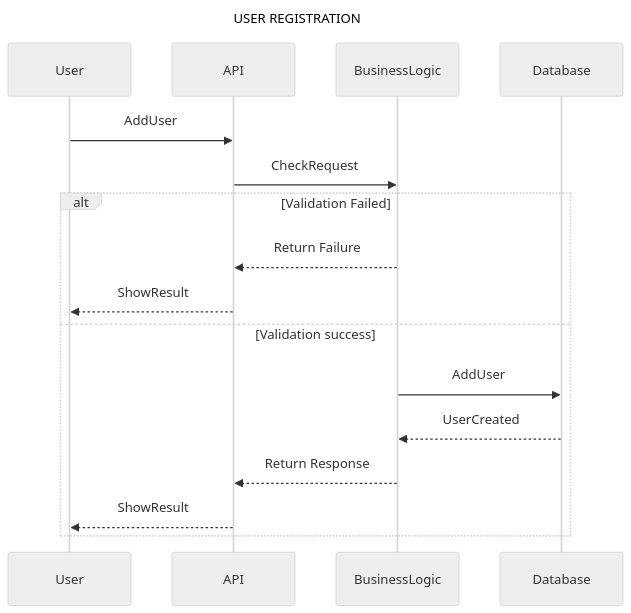
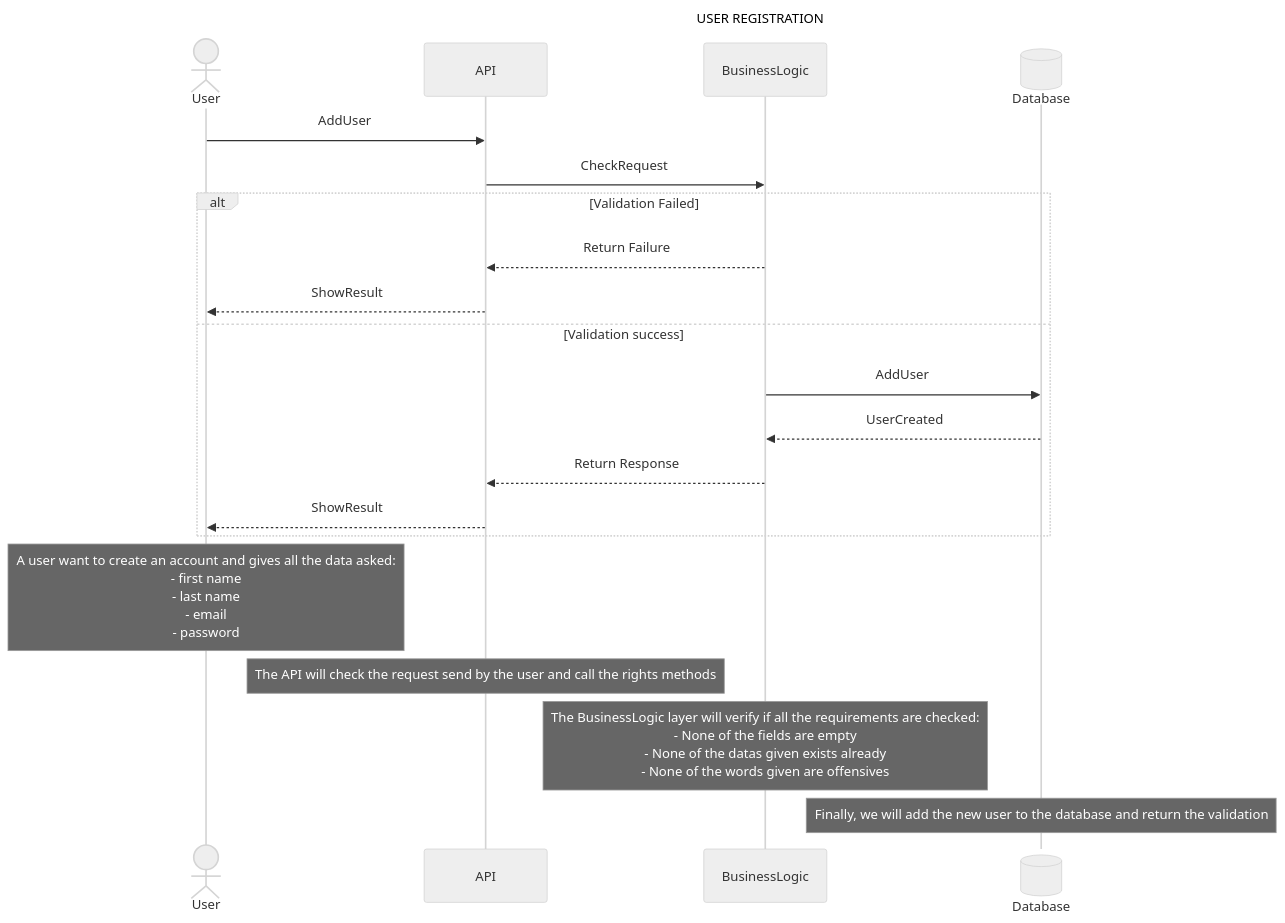
One commit to EnzoMessaoudi/holbertonschool-hbnb changed the diagram in part1/Sequence_Diagrams_User_Registration.mermaid. Above: the diagram before and after it, drawn with Mermaid.

Commit message:
ADD comments

```diff
--- a/part1/Sequence_Diagrams_User_Registration.mermaid
+++ b/part1/Sequence_Diagrams_User_Registration.mermaid
@@ -1,21 +1,29 @@
 %%{ init : { "theme": "neutral" } }%%
 
 sequenceDiagram
 title USER REGISTRATION
-participant User
+actor User
 participant API
 participant BusinessLogic
-participant Database
+participant Database@{ "type" : "database" }
 
 User->>API: AddUser
 API->>BusinessLogic: CheckRequest
 
 alt Validation Failed
     BusinessLogic-->>API: Return Failure
     API-->>User: ShowResult
 else Validation success
     BusinessLogic->>Database: AddUser
     Database-->>BusinessLogic: UserCreated
     BusinessLogic-->>API: Return Response
     API-->>User: ShowResult
 end
+
+Note over User: A user want to create an account and gives all the data asked:<br/>- first name<br/>- last name<br>- email<br/>- password
+
+Note over API:The API will check the request send by the user and call the rights methods
+
+Note over BusinessLogic: The BusinessLogic layer will verify if all the requirements are checked:<br/>- None of the fields are empty<br/>- None of the datas given exists already<br/>- None of the words given are offensives
+
+Note over Database: Finally, we will add the new user to the database and return the validation
```
